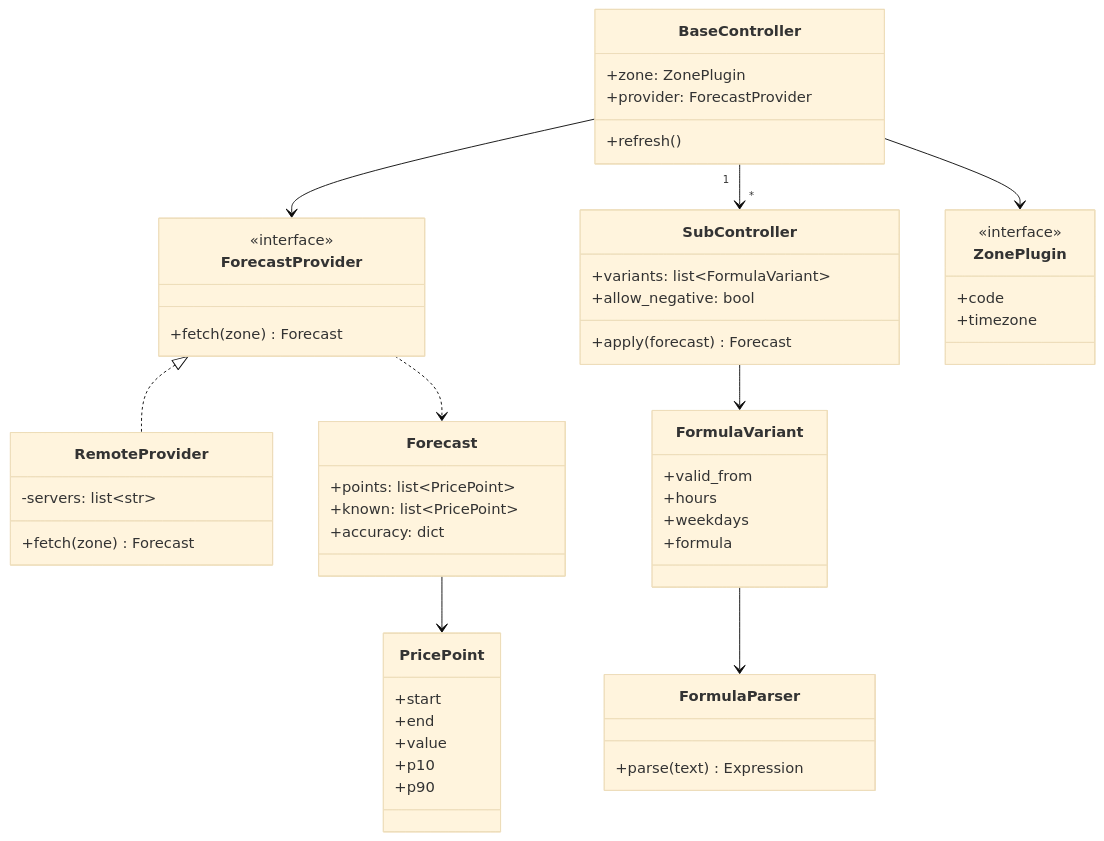
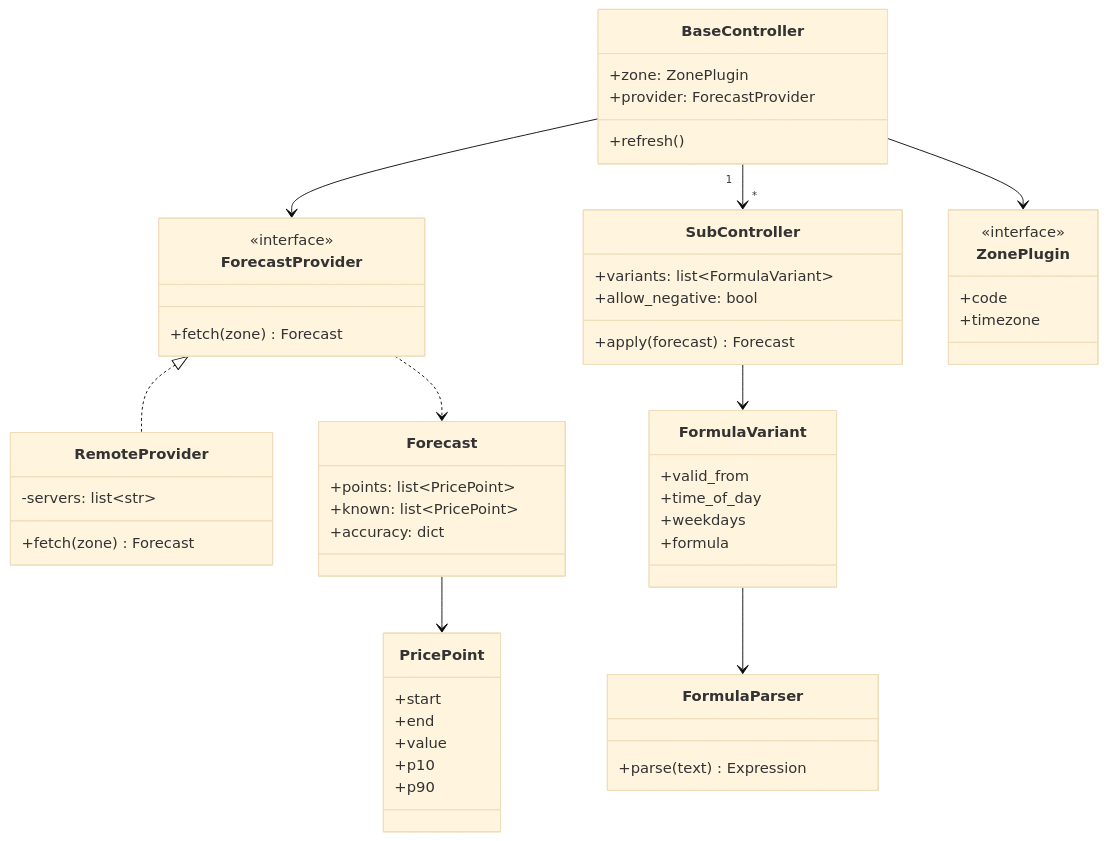
The first of 2 diagrams in docs/architecture.md (abroeders/7day-ahead-price-forecast), drawn with Mermaid (base theme) before and after one commit. The commit also changed 1 other file, not shown here.

Commit message:
docs: use quarter-hour resolution throughout (#1)

````diff
--- a/docs/architecture.md
+++ b/docs/architecture.md
@@ -7,55 +7,55 @@
 ```mermaid
 classDiagram
   class ForecastProvider {
     <<interface>>
     +fetch(zone) Forecast
   }
   class RemoteProvider {
     -servers: list~str~
     +fetch(zone) Forecast
   }
   class Forecast {
     +points: list~PricePoint~
     +known: list~PricePoint~
     +accuracy: dict
   }
   class PricePoint {
     +start
     +end
     +value
     +p10
     +p90
   }
   class FormulaParser {
     +parse(text) Expression
   }
   class FormulaVariant {
     +valid_from
-    +hours
+    +time_of_day
     +weekdays
     +formula
   }
   class SubController {
     +variants: list~FormulaVariant~
     +allow_negative: bool
     +apply(forecast) Forecast
   }
   class BaseController {
     +zone: ZonePlugin
     +provider: ForecastProvider
     +refresh()
   }
   class ZonePlugin {
     <<interface>>
     +code
     +timezone
   }
   ForecastProvider <|.. RemoteProvider
   BaseController --> ForecastProvider
   BaseController --> ZonePlugin
   BaseController "1" --> "*" SubController
   SubController --> FormulaVariant
   FormulaVariant --> FormulaParser
   ForecastProvider ..> Forecast
   Forecast --> PricePoint
 ```
````
